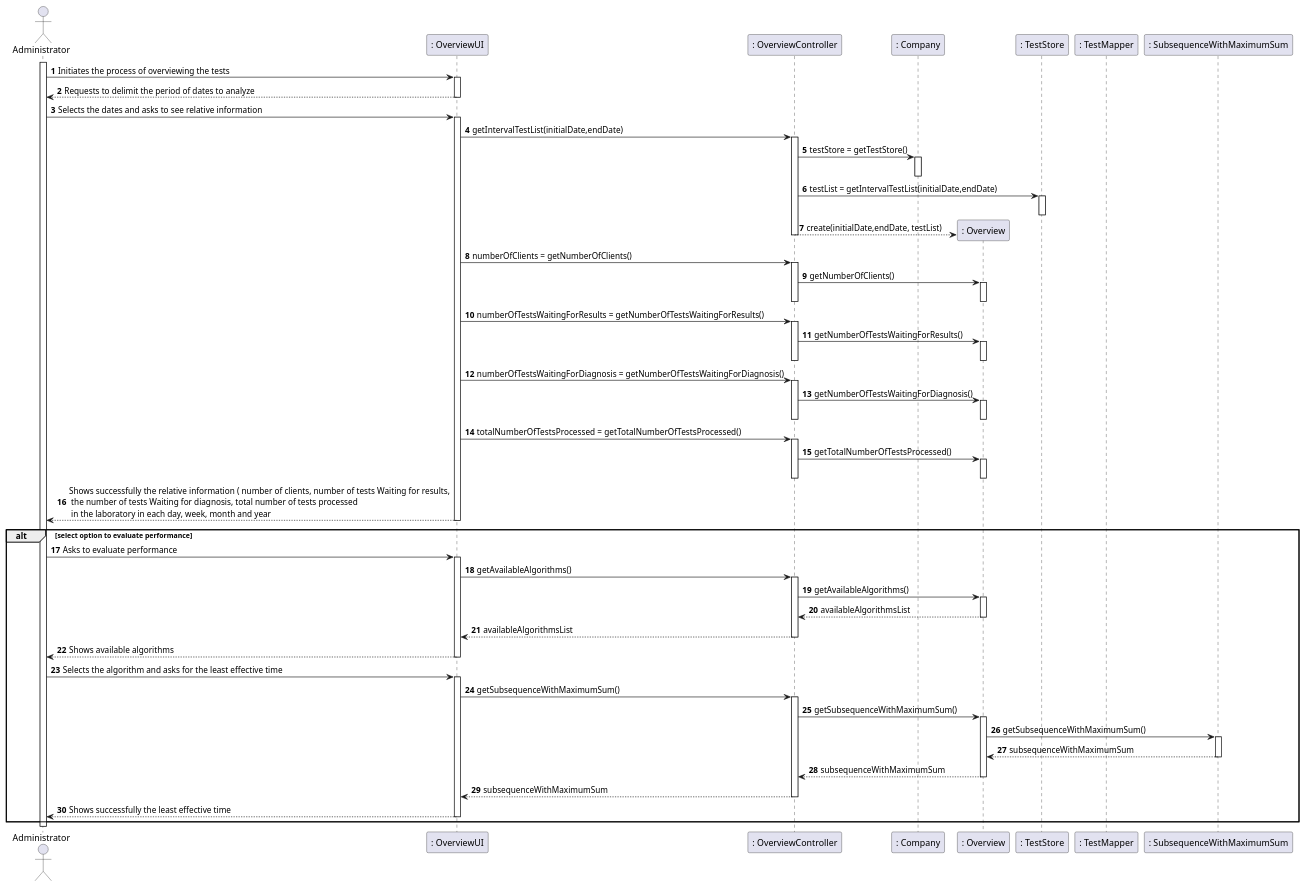
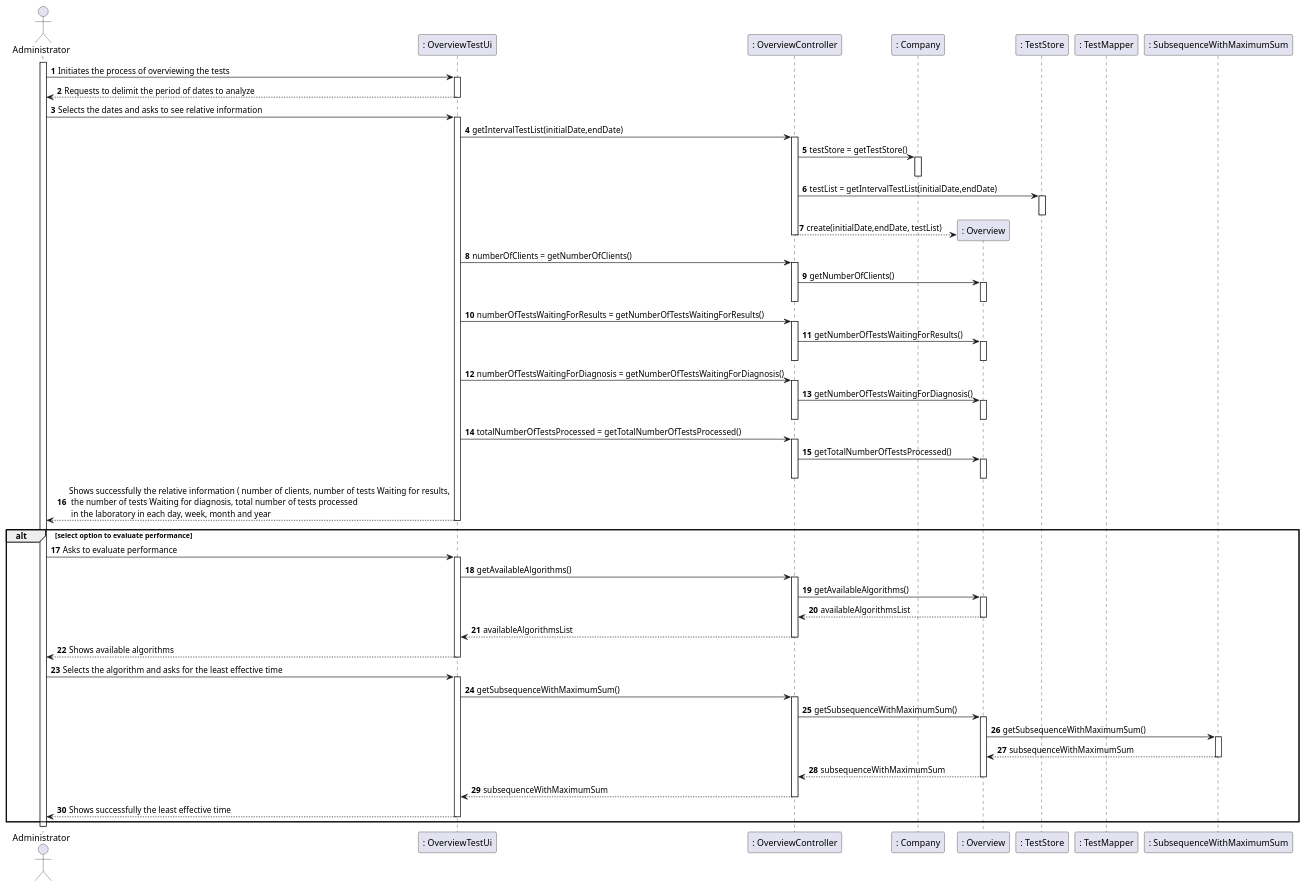
The diagram in docs/SprintD/US16/US16_SD.puml (manu-07-ela/LAPR2_ISEP), drawn with PlantUML before and after one commit. The commit also changed 14 other files, not shown here.

```diff
--- a/docs/SprintD/US16/US16_SD.puml
+++ b/docs/SprintD/US16/US16_SD.puml
@@ -1,98 +1,98 @@
 @startuml
 autonumber
 'hide footbox
 actor "Administrator" as ADMIN
 
-participant ": OverviewUI" as UI
+participant ": OverviewTestUi" as UI
 participant ": OverviewController" as CTRL
 participant ": Company" as COMP
 participant ": Overview" as OVERVIEW
 participant ": TestStore" as TS
 participant ": TestMapper" as tMAPPER
 participant ": SubsequenceWithMaximumSum" as interface
 
 activate ADMIN
 ADMIN -> UI : Initiates the process of overviewing the tests
 activate UI
 UI --> ADMIN : Requests to delimit the period of dates to analyze
 deactivate UI
 
 ADMIN -> UI : Selects the dates and asks to see relative information
 activate UI
 UI -> CTRL : getIntervalTestList(initialDate,endDate)
 activate CTRL
 
 CTRL -> COMP : testStore = getTestStore()
 activate COMP
 deactivate COMP
 CTRL -> TS : testList = getIntervalTestList(initialDate,endDate)
 activate TS
 deactivate TS
 CTRL --> OVERVIEW** : create(initialDate,endDate, testList)
 deactivate CTRL
 
 deactivate CTRL
 UI -> CTRL : numberOfClients = getNumberOfClients()
 activate CTRL
 CTRL -> OVERVIEW : getNumberOfClients()
 activate OVERVIEW
 deactivate OVERVIEW
 deactivate CTRL
 
 UI -> CTRL : numberOfTestsWaitingForResults = getNumberOfTestsWaitingForResults()
 activate CTRL
 CTRL -> OVERVIEW : getNumberOfTestsWaitingForResults()
 activate OVERVIEW
 deactivate OVERVIEW
 deactivate CTRL
 
 UI -> CTRL : numberOfTestsWaitingForDiagnosis = getNumberOfTestsWaitingForDiagnosis()
 activate CTRL
 CTRL -> OVERVIEW : getNumberOfTestsWaitingForDiagnosis()
 activate OVERVIEW
 deactivate OVERVIEW
 deactivate CTRL
 
 UI -> CTRL : totalNumberOfTestsProcessed = getTotalNumberOfTestsProcessed()
 activate CTRL
 CTRL -> OVERVIEW : getTotalNumberOfTestsProcessed()
 activate OVERVIEW
 deactivate OVERVIEW
 deactivate CTRL
 
 UI --> ADMIN : Shows successfully the relative information ( number of clients, number of tests Waiting for results,\n the number of tests Waiting for diagnosis, total number of tests processed \n in the laboratory in each day, week, month and year
 deactivate UI
 alt select option to evaluate performance
 ADMIN -> UI : Asks to evaluate performance
 activate UI
 UI -> CTRL : getAvailableAlgorithms()
 activate CTRL
 CTRL -> OVERVIEW : getAvailableAlgorithms()
 activate OVERVIEW
 OVERVIEW --> CTRL : availableAlgorithmsList
 deactivate OVERVIEW
 CTRL --> UI : availableAlgorithmsList
 deactivate CTRL
 UI --> ADMIN : Shows available algorithms
 deactivate UI
 
 ADMIN -> UI : Selects the algorithm and asks for the least effective time
 activate UI
 UI -> CTRL : getSubsequenceWithMaximumSum()
 activate CTRL
 CTRL -> OVERVIEW : getSubsequenceWithMaximumSum()
 activate OVERVIEW
 OVERVIEW -> interface : getSubsequenceWithMaximumSum()
 activate interface
 interface --> OVERVIEW : subsequenceWithMaximumSum
 deactivate interface
 OVERVIEW --> CTRL : subsequenceWithMaximumSum
 deactivate OVERVIEW
 CTRL --> UI : subsequenceWithMaximumSum
 deactivate CTRL
 UI --> ADMIN : Shows successfully the least effective time
 deactivate UI
 end
 deactivate ADMIN
 
 @enduml
```
